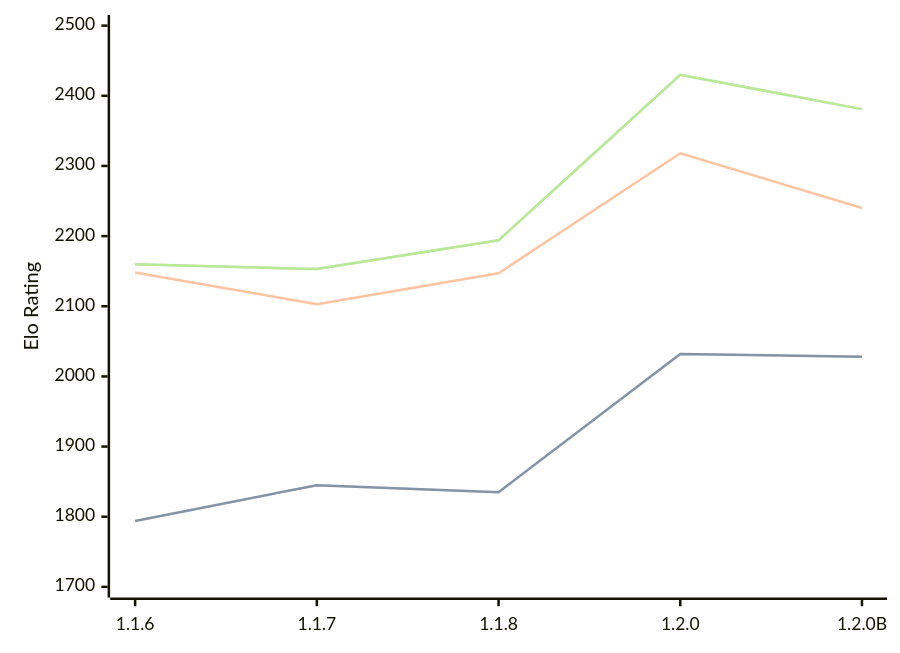
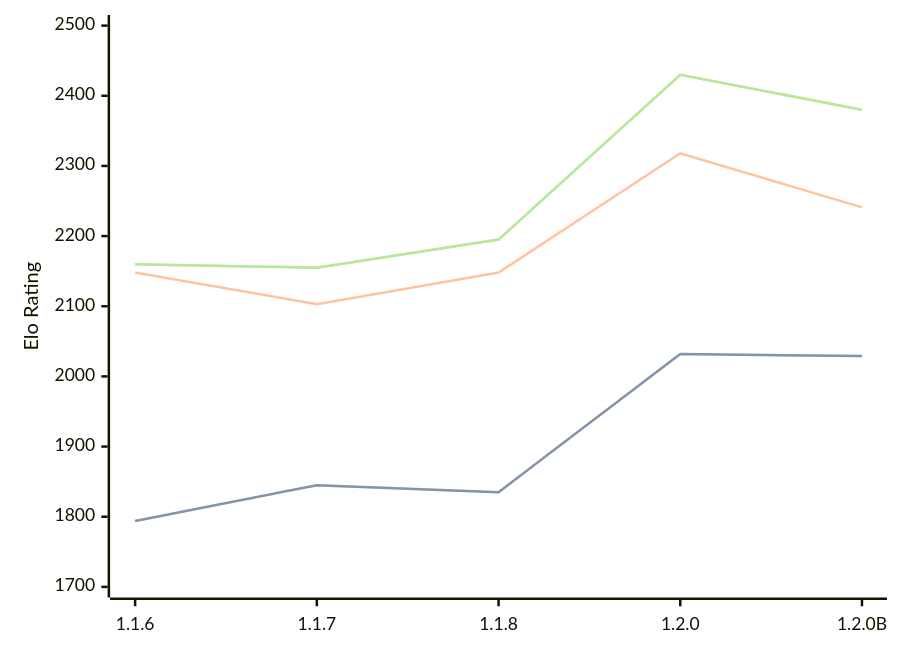
Before and after one commit to computer-chess-index/cci: the diagram in engines/Soomi.md, drawn with Mermaid. The commit also changed other lines of this file, not shown here.

Commit message:
Update CCI Ratings (ELO VLTC) - 2026-09-14

````diff
--- a/engines/Soomi.md
+++ b/engines/Soomi.md
@@ -35,11 +35,11 @@
 ```mermaid
 %%{init: {"theme":"base","themeVariables":{"seriesColors:['#a3a3a3','#222221','#faa371']}}}%%
 xychart-beta
   x-axis ["1.1.6", "1.1.7", "1.1.8", "1.2.0", "1.2.0B"]
   y-axis "Elo Rating" 1700 --> 2500
-  line "" [1794, 1845, 1835, 2032, 2028]
-  line "STC (8.0+0.08s)" [1794, 1845, 1835, 2032, 2028]
-  line "LTC (60.0+0.60s)" [2148, 2103, 2147, 2318, 2240]
-  line "" [2160, 2153, 2194, 2430, 2381]
-  line "VLTC (2m24s+1.12s)" [2160, 2153, 2194, 2430, 2381]
+  line "" [1794, 1845, 1835, 2032, 2029]
+  line "STC (8.0+0.08s)" [1794, 1845, 1835, 2032, 2029]
+  line "LTC (60.0+0.60s)" [2148, 2103, 2148, 2318, 2241]
+  line "" [2160, 2155, 2195, 2430, 2380]
+  line "VLTC (2m24s+1.12s)" [2160, 2155, 2195, 2430, 2380]
 ```
````
